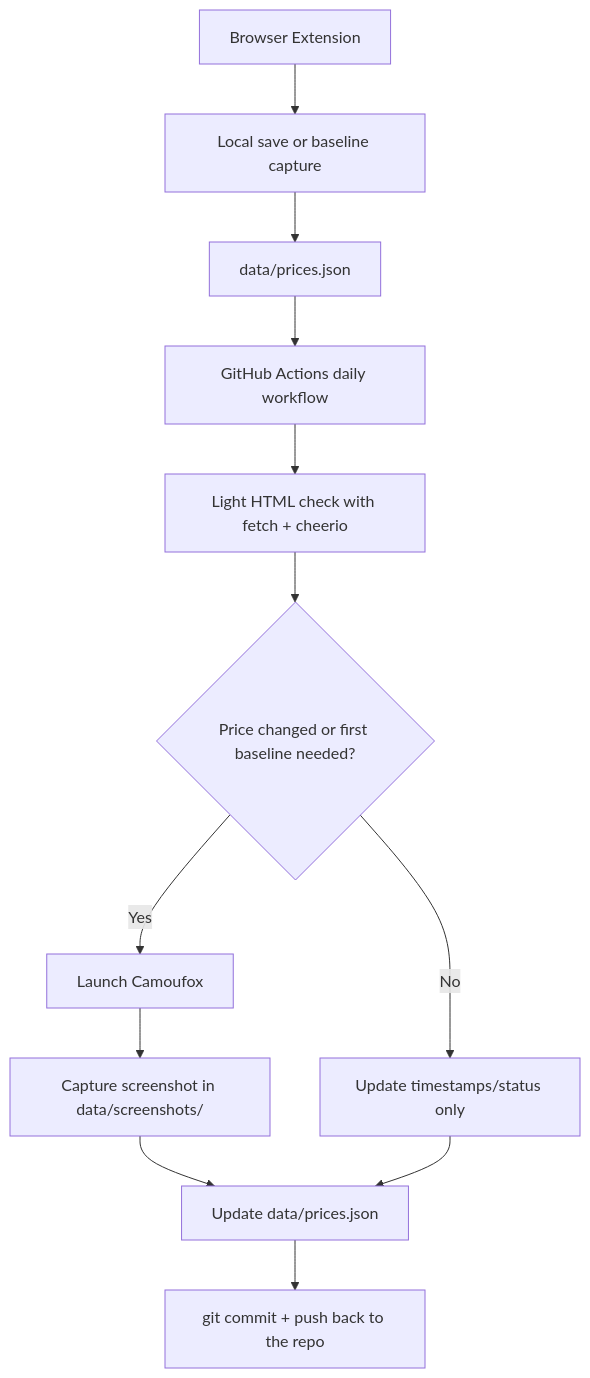
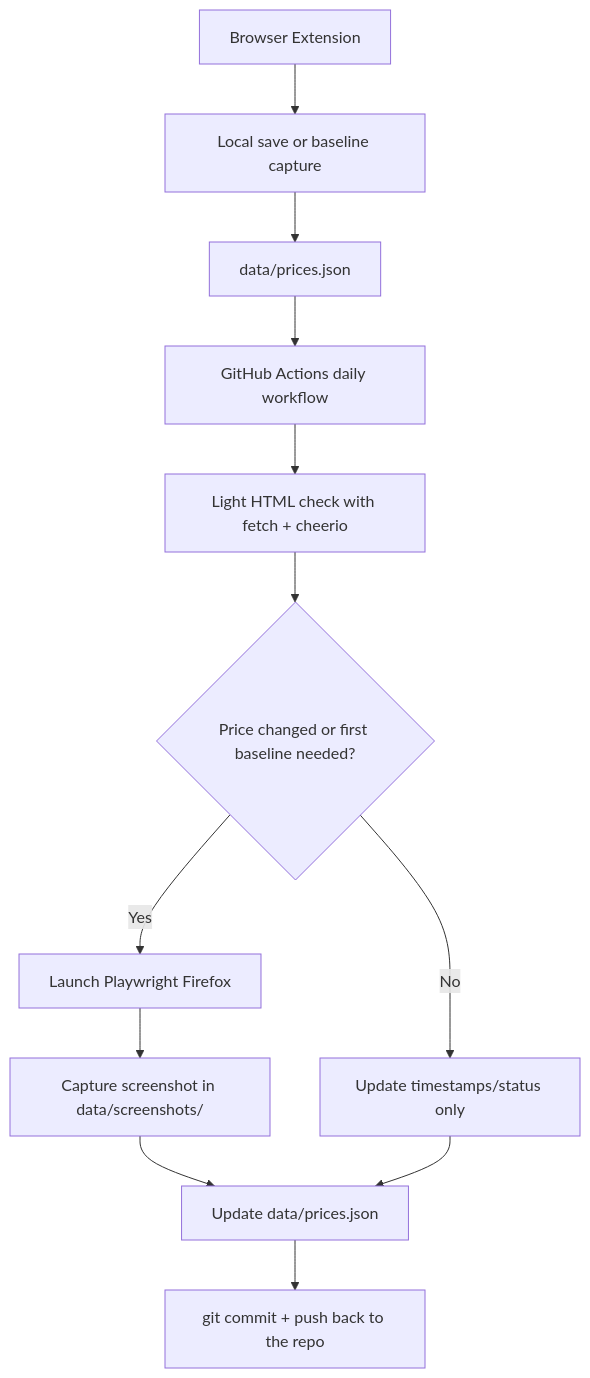
Before and after one commit to Veselincho/pricePatrol: the diagram in README.md, drawn with Mermaid. The commit also changed other lines of this file and 14 other files, not shown here.

Commit message:
playwright-core + firefox.launch()

````diff
--- a/README.md
+++ b/README.md
@@ -13,14 +13,14 @@
 ```mermaid
 flowchart TD
     A[Browser Extension] --> B[Local save or baseline capture]
     B --> C[data/prices.json]
     C --> D[GitHub Actions daily workflow]
     D --> E[Light HTML check with fetch + cheerio]
     E --> F{Price changed or first baseline needed?}
     F -- No --> G[Update timestamps/status only]
-    F -- Yes --> H[Launch Camoufox]
+    F -- Yes --> H[Launch Playwright Firefox]
     H --> I[Capture screenshot in data/screenshots/]
     I --> J[Update data/prices.json]
     G --> J
     J --> K[git commit + push back to the repo]
 ```
````
